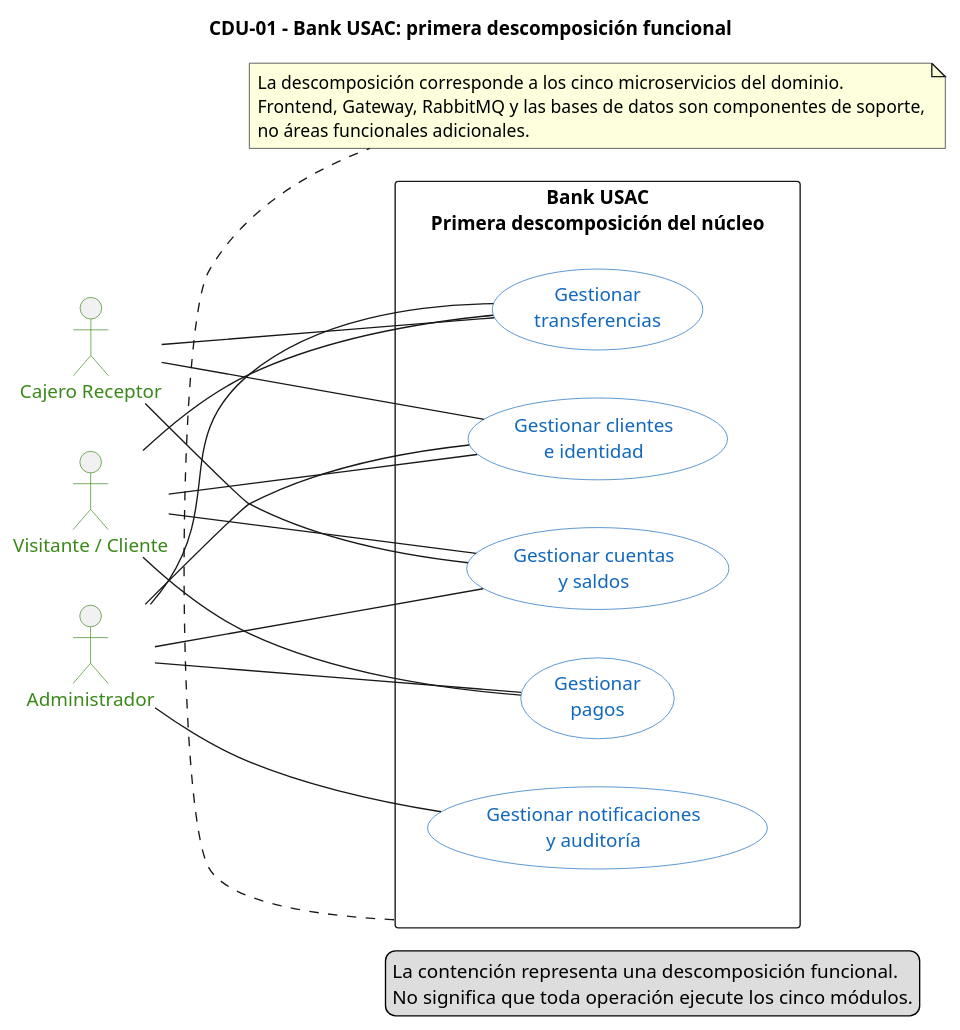
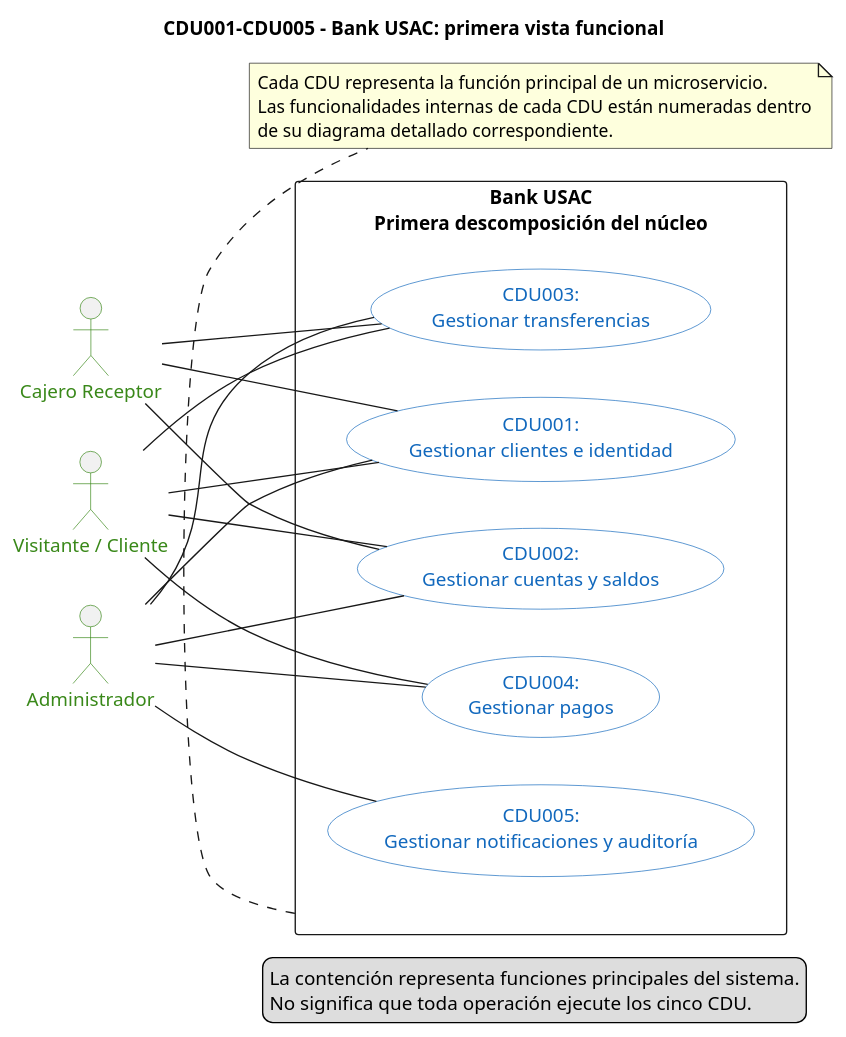
Before and after one commit to marcosbondel/Proyecto-SA-B-2: the diagram in docs/architecture/diagrams/cdu/01-primera-descomposicion.puml, drawn with PlantUML. The commit also changed 62 other files, not shown here.

Commit message:
Reorganize CDU diagrams by numbered use cases

```diff
--- a/docs/architecture/diagrams/cdu/01-primera-descomposicion.puml
+++ b/docs/architecture/diagrams/cdu/01-primera-descomposicion.puml
@@ -1,55 +1,55 @@
 @startuml 01-primera-descomposicion
 left to right direction
 
-title CDU-01 - Bank USAC: primera descomposición funcional
+title CDU001-CDU005 - Bank USAC: primera vista funcional
 
 skinparam shadowing false
 skinparam packageStyle rectangle
 skinparam usecase {
     BackgroundColor #FFFFFF
     BorderColor #1168BD
     FontColor #1168BD
 }
 skinparam actor {
     BorderColor #398819
     FontColor #398819
 }
 
 actor "Visitante / Cliente" as cliente
 actor "Cajero Receptor" as cajero
 actor "Administrador" as admin
 
 rectangle "Bank USAC\nPrimera descomposición del núcleo" as bank {
-    usecase "Gestionar clientes\ne identidad" as customer
-    usecase "Gestionar cuentas\ny saldos" as account
-    usecase "Gestionar\ntransferencias" as transaction
-    usecase "Gestionar\npagos" as payment
-    usecase "Gestionar notificaciones\ny auditoría" as audit
+    usecase "CDU001:\nGestionar clientes e identidad" as customer
+    usecase "CDU002:\nGestionar cuentas y saldos" as account
+    usecase "CDU003:\nGestionar transferencias" as transaction
+    usecase "CDU004:\nGestionar pagos" as payment
+    usecase "CDU005:\nGestionar notificaciones y auditoría" as audit
 }
 
 cliente -- customer
 cliente -- account
 cliente -- transaction
 cliente -- payment
 
 cajero -- customer
 cajero -- account
 cajero -- transaction
 
 admin -- customer
 admin -- account
 admin -- transaction
 admin -- payment
 admin -- audit
 
 note bottom of bank
-    La descomposición corresponde a los cinco microservicios del dominio.
-    Frontend, Gateway, RabbitMQ y las bases de datos son componentes de soporte,
-    no áreas funcionales adicionales.
+    Cada CDU representa la función principal de un microservicio.
+    Las funcionalidades internas de cada CDU están numeradas dentro
+    de su diagrama detallado correspondiente.
 end note
 
 legend right
-    La contención representa una descomposición funcional.
-    No significa que toda operación ejecute los cinco módulos.
+    La contención representa funciones principales del sistema.
+    No significa que toda operación ejecute los cinco CDU.
 endlegend
 @enduml
```
